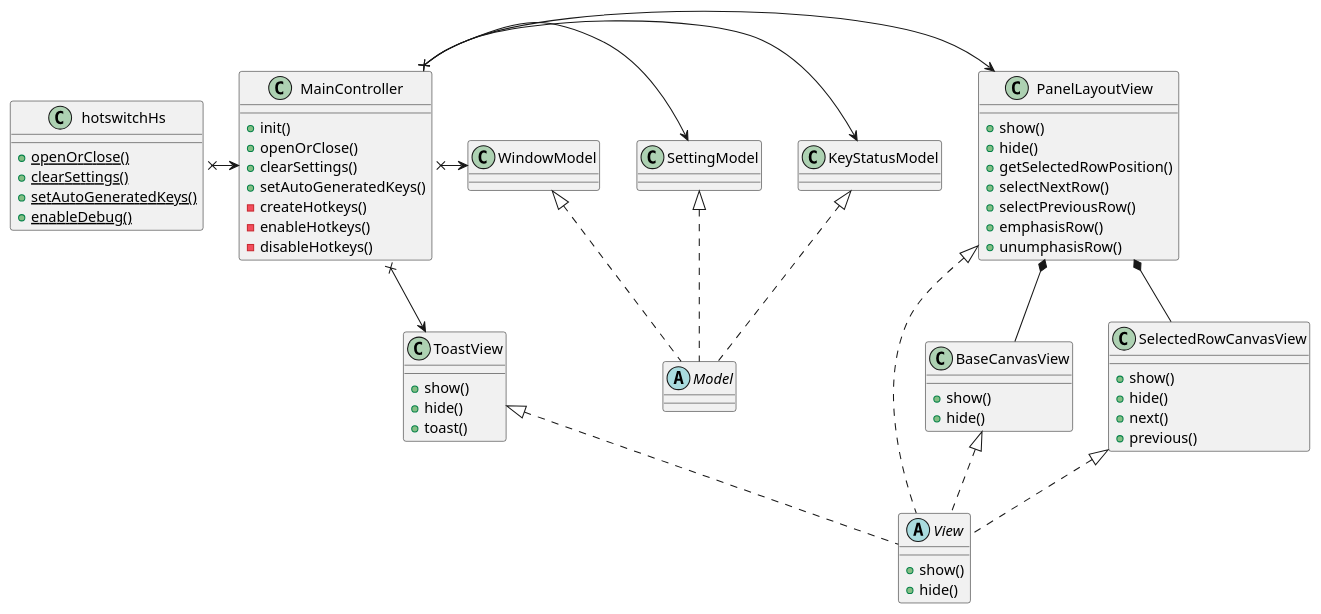
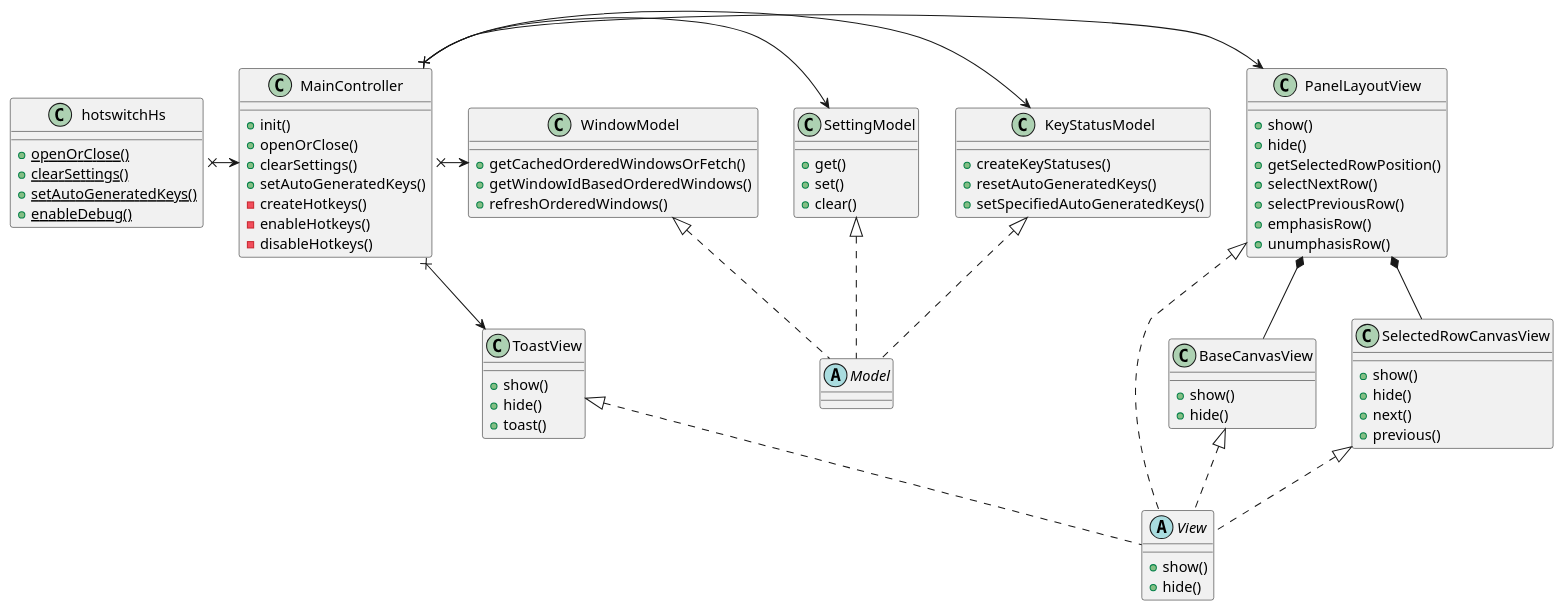
Before and after one commit to oniatsu/HotSwitch-HS: the diagram in uml/class_diagram.pu, drawn with PlantUML. The commit also changed 2 other files, not shown here.

Commit message:
Update uml

```diff
--- a/uml/class_diagram.pu
+++ b/uml/class_diagram.pu
@@ -1,74 +1,86 @@
 @startuml hotswitch-hs
 
 class hotswitchHs {
     {static} +openOrClose()
     {static} +clearSettings()
     {static} +setAutoGeneratedKeys()
     {static} +enableDebug()
 }
 
-class KeyStatusModel
-class SettingModel
-class WindowModel
+class KeyStatusModel {
+    +createKeyStatuses()
+    +resetAutoGeneratedKeys()
+    +setSpecifiedAutoGeneratedKeys()
+}
+class SettingModel {
+    +get()
+    +set()
+    +clear()
+}
+class WindowModel {
+    +getCachedOrderedWindowsOrFetch()
+    +getWindowIdBasedOrderedWindows()
+    +refreshOrderedWindows()
+}
 abstract Model
 
 class PanelLayoutView {
     +show()
     +hide()
     +getSelectedRowPosition()
     +selectNextRow()
     +selectPreviousRow()
     +emphasisRow()
     +unumphasisRow()
 }
 class BaseCanvasView {
     +show()
     +hide()
 }
 class SelectedRowCanvasView {
     +show()
     +hide()
     +next()
     +previous()
 }
 class ToastView {
     +show()
     +hide()
     +toast()
 }
 abstract View {
     +show()
     +hide()
 }
 
 class MainController {
     +init()
     +openOrClose()
     +clearSettings()
     +setAutoGeneratedKeys()
     -createHotkeys()
     -enableHotkeys()
     -disableHotkeys()
 }
 
 hotswitchHs x-> MainController
 
 MainController x-> PanelLayoutView
 MainController x-> ToastView
 MainController x-> KeyStatusModel
 MainController x-> SettingModel
 MainController x-> WindowModel
 
 KeyStatusModel <|.. Model
 SettingModel <|.. Model
 WindowModel <|.. Model
 
 PanelLayoutView <|.. View
 BaseCanvasView <|.. View
 SelectedRowCanvasView <|.. View
 ToastView <|.. View
 
 PanelLayoutView *-- BaseCanvasView 
 PanelLayoutView *-- SelectedRowCanvasView 
 
 @endum
```
